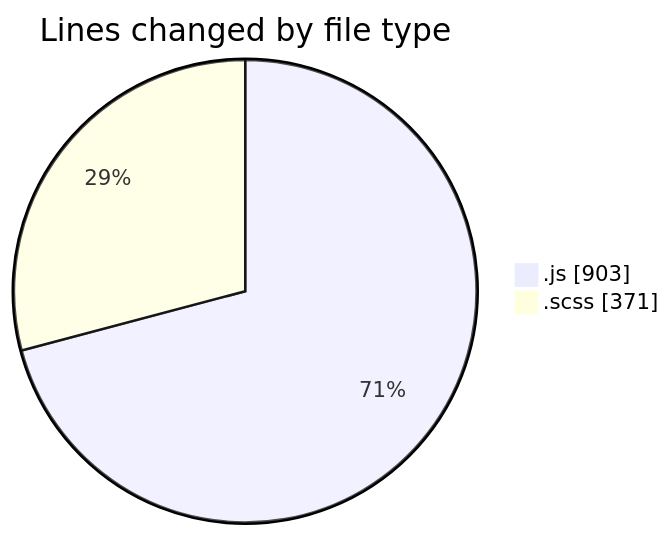
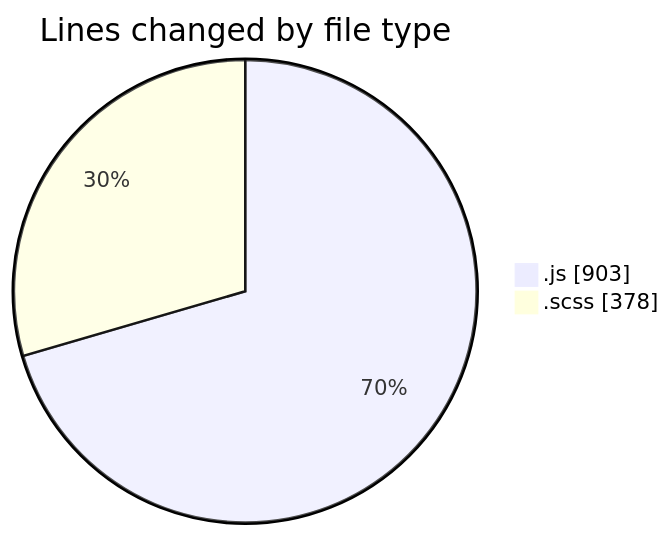
Before and after one commit to momahboobian/code-tracking: the first of 2 diagrams in 2026-01-05/cda/README.md, drawn with Mermaid. The commit also changed other lines of this file and 1 other file, not shown here.

````diff
--- a/2026-01-05/cda/README.md
+++ b/2026-01-05/cda/README.md
@@ -27,6 +27,6 @@
 ```mermaid
 pie showData
 title Lines changed by file type
 ".js" : 903
-".scss" : 371
+".scss" : 378
 ```
````
